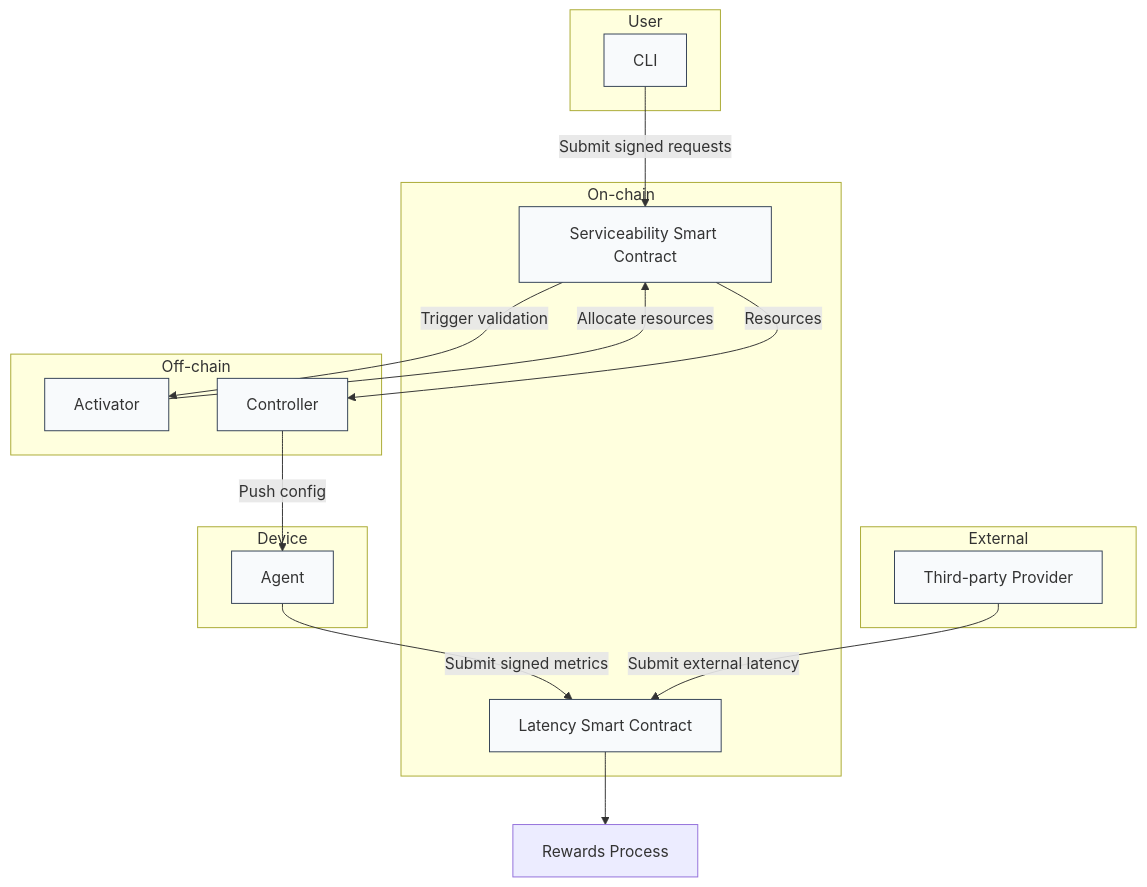
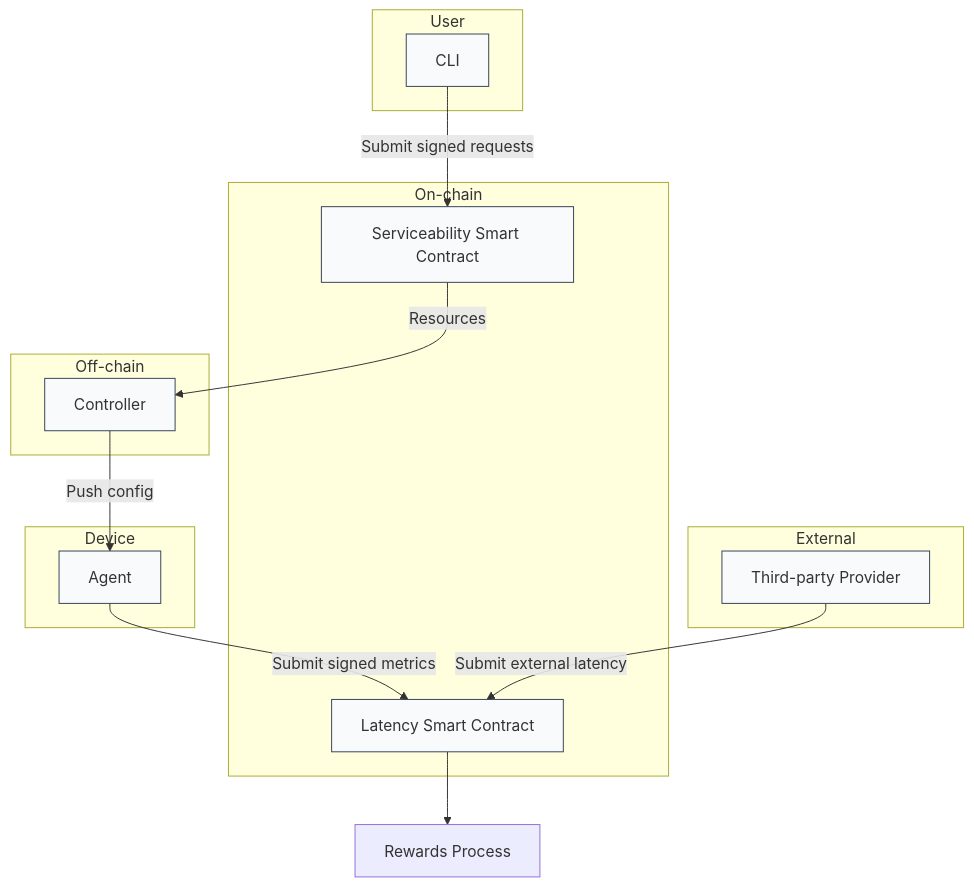
The third of 7 diagrams in smartcontract/README.md (malbeclabs/doublezero), drawn with Mermaid before and after one commit. The commit also changed other lines of this file and 24 other files, not shown here.

````diff
--- a/smartcontract/README.md
+++ b/smartcontract/README.md
@@ -90,36 +90,33 @@
 ```mermaid
 flowchart TD
     subgraph User
         CLI[CLI]
     end
 
     subgraph On-chain
         SC[Serviceability Smart Contract]
         LAT[Latency Smart Contract]
     end
 
     subgraph Off-chain
-        ACT[Activator]
         CTRL[Controller]
     end
 
     subgraph Device
         AGENT[Agent]
     end
 
     subgraph External
         THIRD[Third-party Provider]
     end
 
     CLI -->|Submit signed requests| SC
-    SC -->|Trigger validation| ACT
-    ACT -->|Allocate resources| SC
     SC -->|Resources| CTRL
     CTRL -->|Push config| AGENT
     AGENT -->|Submit signed metrics| LAT
     THIRD -->|Submit external latency| LAT
     LAT--> REWARDS[Rewards Process]
 
     classDef component fill:#f8fafc,stroke:#334155,stroke-width:1px;
-    class CLI,SC,LAT,ACT,CTRL,AGENT,THIRD component;
+    class CLI,SC,LAT,CTRL,AGENT,THIRD component;
 ```
````
